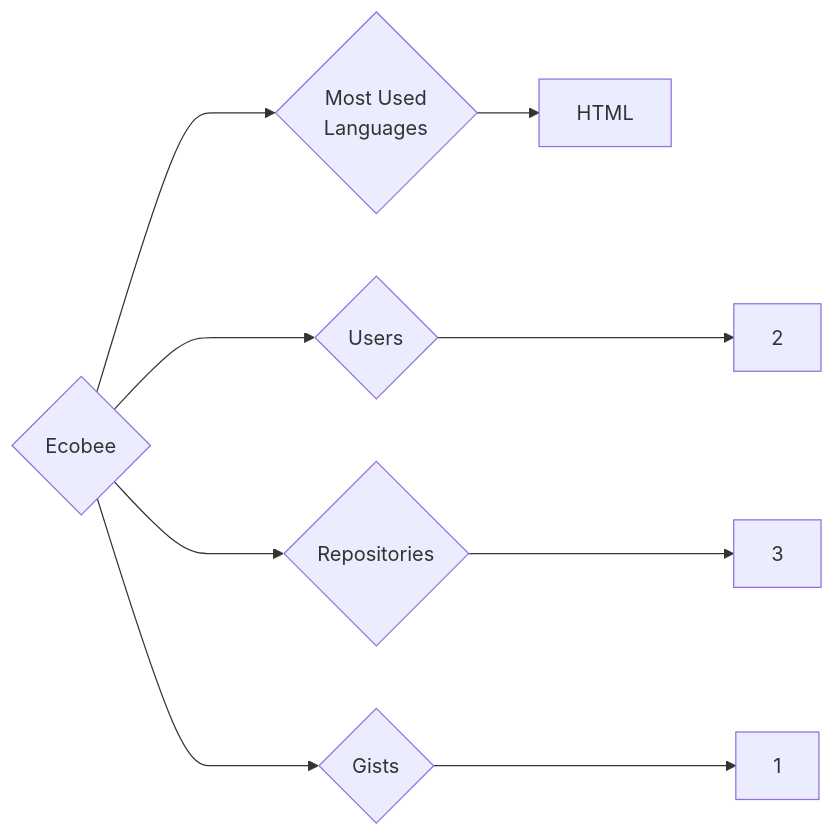
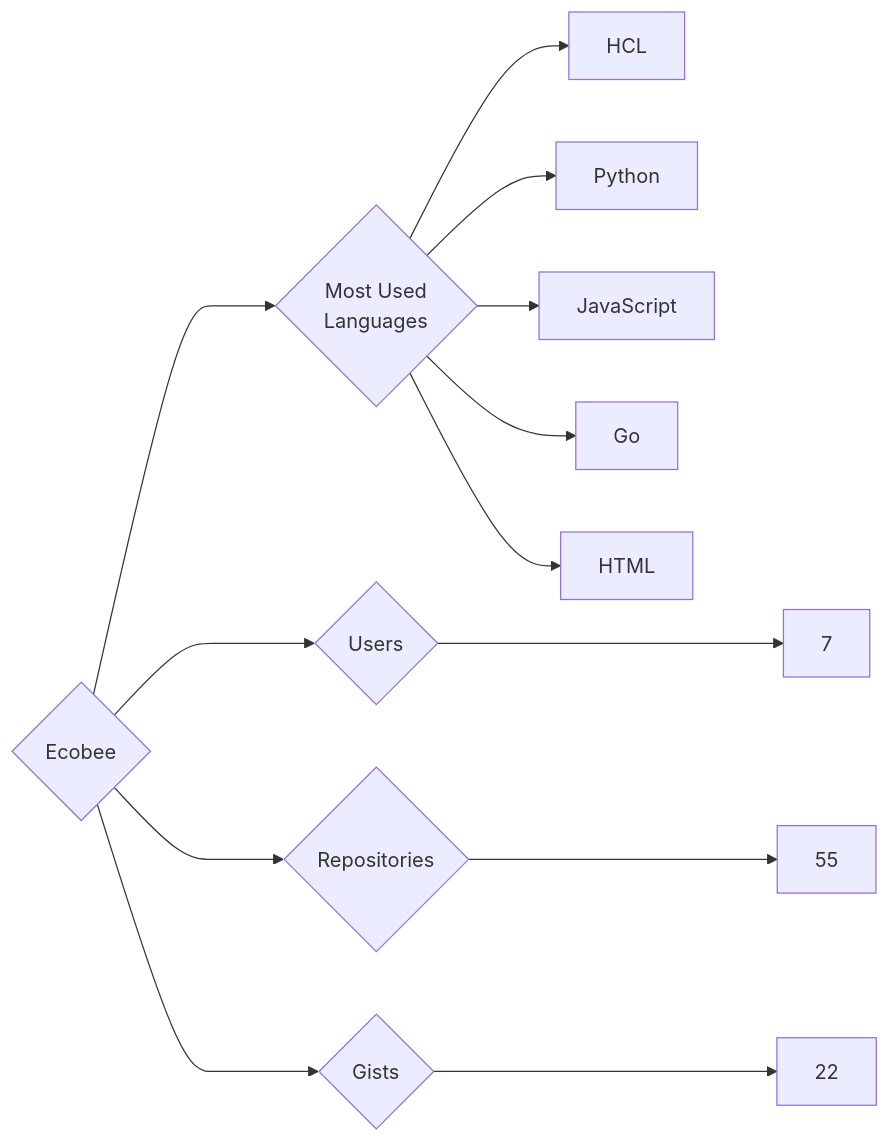
One commit to trickest/insiders changed the diagram in targets/Ecobee/README.md. Above: the diagram before and after it, drawn with Mermaid. The commit also changed 1166 other files, not shown here.

````diff
--- a/targets/Ecobee/README.md
+++ b/targets/Ecobee/README.md
@@ -3,9 +3,13 @@
 ```mermaid
 graph LR
 COMPANY_NAME{Ecobee}
-COMPANY_NAME ---> U{Users} ---> UN[2]
-COMPANY_NAME ---> R{Repositories} ---> RN[3]
-COMPANY_NAME ---> G{Gists} ---> GN[1]
+COMPANY_NAME ---> U{Users} ---> UN[7]
+COMPANY_NAME ---> R{Repositories} ---> RN[55]
+COMPANY_NAME ---> G{Gists} ---> GN[22]
 COMPANY_NAME ---> ML{Most Used<br>Languages}
+ML --> HCL[HCL]
+ML --> Python[Python]
+ML --> JavaScript[JavaScript]
+ML --> Go[Go]
 ML --> HTML[HTML]
 ```
````
